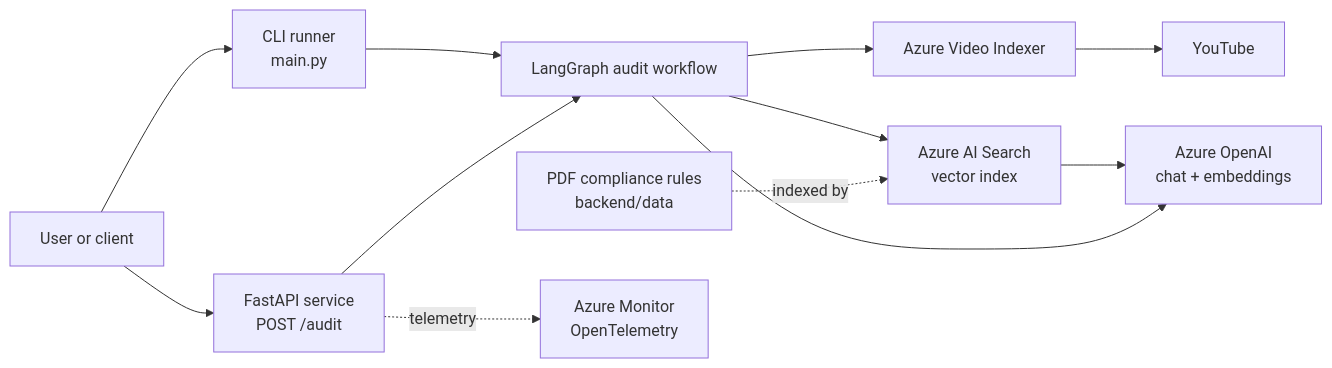
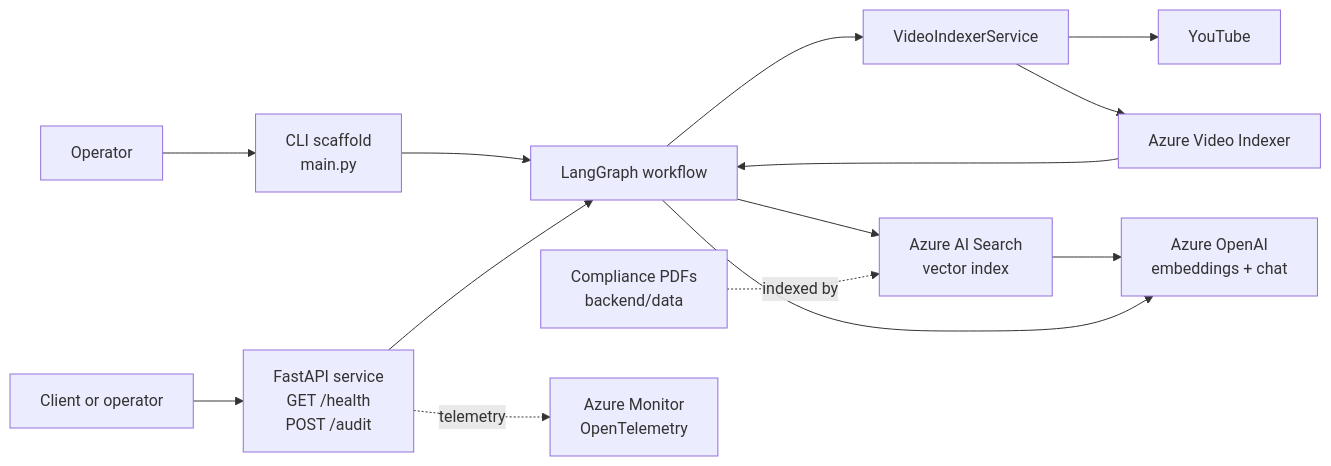
Before and after one commit to Sumit-Prasad01/BRAND-GUARDIAN-AI: the first of 4 diagrams in README.md, drawn with Mermaid. The commit also changed other lines of this file, not shown here.

````diff
--- a/README.md
+++ b/README.md
@@ -28,25 +27,28 @@
 ```mermaid
 flowchart LR
-    User[User or client]
-    CLI[CLI runner<br/>main.py]
-    API[FastAPI service\nPOST /audit]
-    Graph[LangGraph audit workflow]
+    Client[Client or operator]
+    API[FastAPI service<br/>GET /health<br/>POST /audit]
+    CLI[CLI scaffold<br/>main.py]
+    Graph[LangGraph workflow]
+    Video[VideoIndexerService]
+    YouTube[YouTube]
     VI[Azure Video Indexer]
-    YT[YouTube]
-    Search[Azure AI Search\nvector index]
-    OpenAI[Azure OpenAI\nchat + embeddings]
-    Rules[PDF compliance rules<br/>backend/data]
-    Monitor[Azure Monitor\nOpenTelemetry]
+    Search[Azure AI Search<br/>vector index]
+    OpenAI[Azure OpenAI<br/>embeddings + chat]
+    PDFs[Compliance PDFs<br/>backend/data]
+    Monitor[Azure Monitor<br/>OpenTelemetry]
 
-    User --> CLI
-    User --> API
+    Client --> API
+    Operator[Operator] --> CLI
     CLI --> Graph
     API --> Graph
-    Graph --> VI
-    VI --> YT
+    Graph --> Video
+    Video --> YouTube
+    Video --> VI
+    VI --> Graph
     Graph --> Search
     Search --> OpenAI
-    Rules -. indexed by .-> Search
     Graph --> OpenAI
+    PDFs -. indexed by .-> Search
     API -. telemetry .-> Monitor
 ```
````
